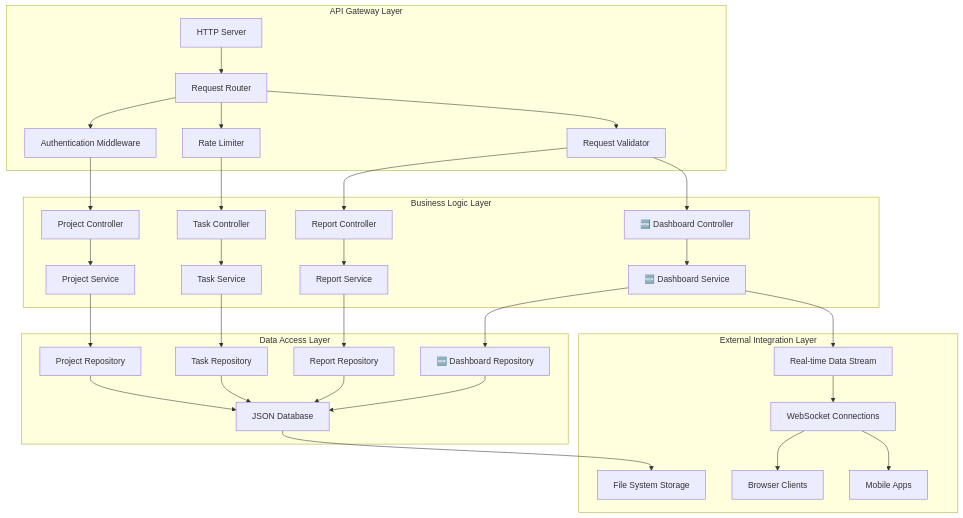
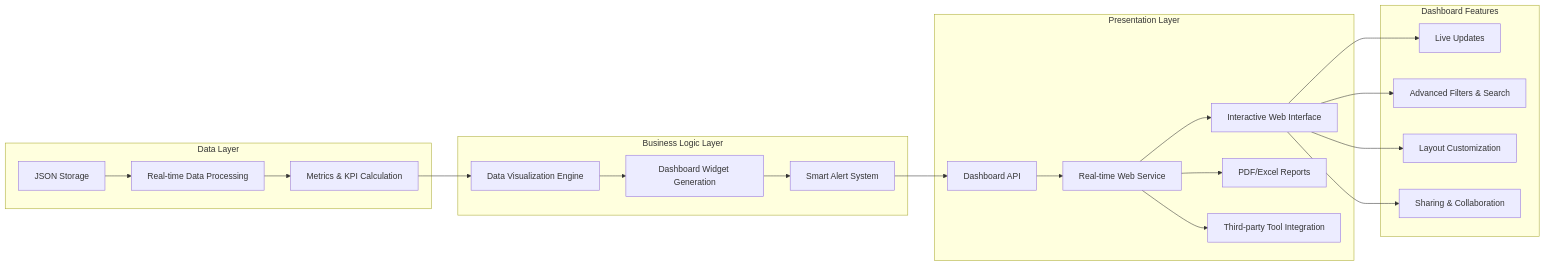
The fourth of 13 diagrams in Docs/entire_project/Quick_Start_Guide/Quick_Start_Guide.md (Shakour-Data/AutoProjectManagement), drawn with Mermaid before and after one commit. The commit also changed other lines of this file, not shown here.

````diff
--- a/Docs/entire_project/Quick_Start_Guide/Quick_Start_Guide.md
+++ b/Docs/entire_project/Quick_Start_Guide/Quick_Start_Guide.md
@@ -1141,41 +527,28 @@
 ```mermaid
-graph TB
-    subgraph "API Gateway Layer"
-        A[HTTP Server] --> B[Request Router]
-        B --> C[Authentication Middleware]
-        B --> D[Rate Limiter]
-        B --> E[Request Validator]
+graph LR
+    subgraph "Data Layer"
+        A[JSON Storage] --> B[Real-time Data Processing]
+        B --> C[Metrics & KPI Calculation]
     end
     
     subgraph "Business Logic Layer"
-        C --> F[Project Controller]
-        D --> G[Task Controller]
-        E --> H[Report Controller]
-        E --> I[🆕 Dashboard Controller]
-        
-        F --> J[Project Service]
-        G --> K[Task Service]
-        H --> L[Report Service]
-        I --> M[🆕 Dashboard Service]
+        C --> D[Data Visualization Engine]
+        D --> E[Dashboard Widget Generation]
+        E --> F[Smart Alert System]
     end
     
-    subgraph "Data Access Layer"
-        J --> N[Project Repository]
-        K --> O[Task Repository]
-        L --> P[Report Repository]
-        M --> Q[🆕 Dashboard Repository]
-        
-        N --> R[JSON Database]
-        O --> R
-        P --> R
-        Q --> R
+    subgraph "Presentation Layer"
+        F --> G[Dashboard API]
+        G --> H[Real-time Web Service]
+        H --> I[Interactive Web Interface]
+        H --> J[PDF/Excel Reports]
+        H --> K[Third-party Tool Integration]
     end
     
-    subgraph "External Integration Layer"
-        R --> S[File System Storage]
-        M --> T[Real-time Data Stream]
-        T --> U[WebSocket Connections]
-        U --> V[Browser Clients]
-        U --> W[Mobile Apps]
+    subgraph "Dashboard Features"
+        I --> L[Live Updates]
+        I --> M[Advanced Filters & Search]
+        I --> N[Layout Customization]
+        I --> O[Sharing & Collaboration]
     end
 ```
````
